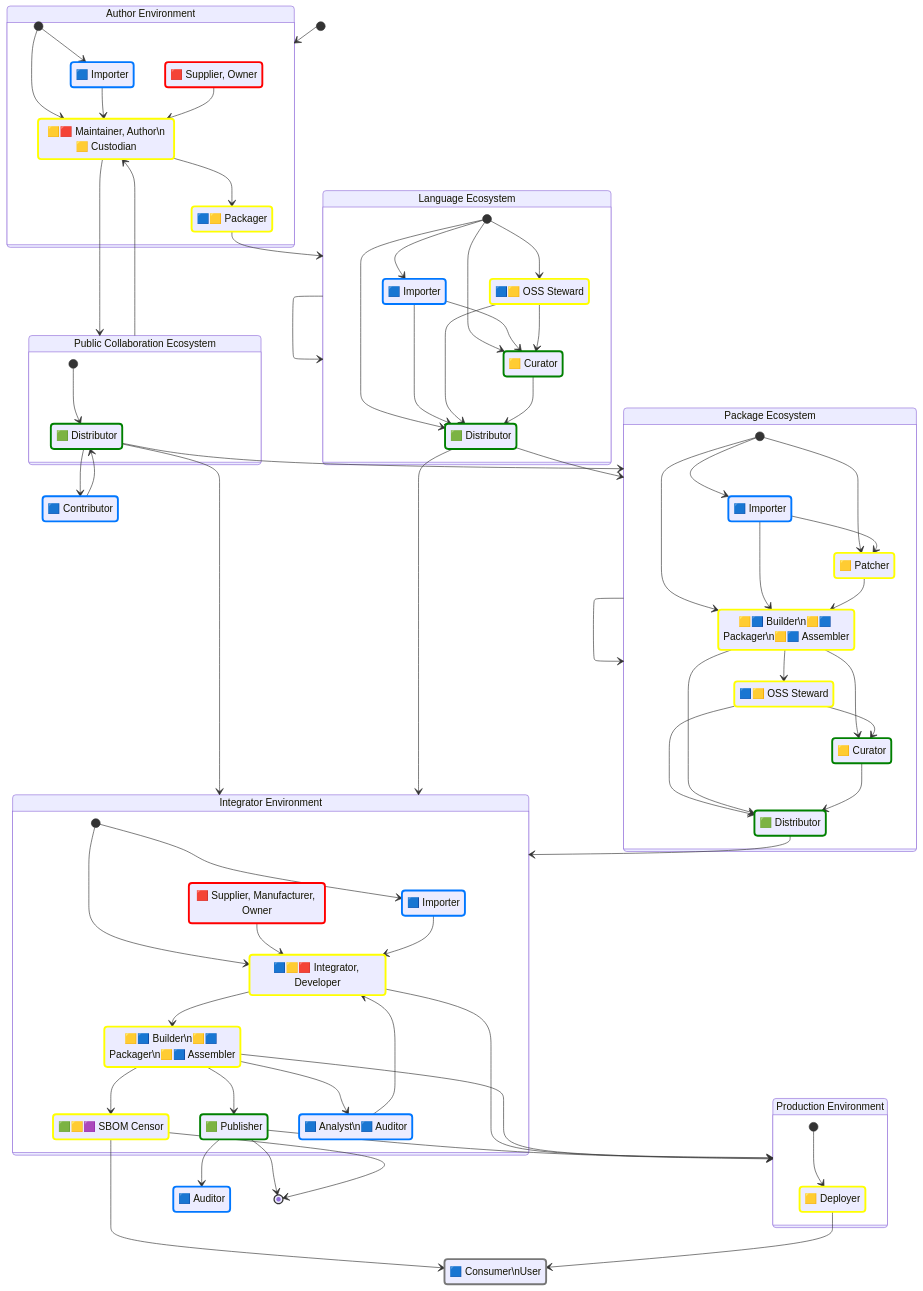
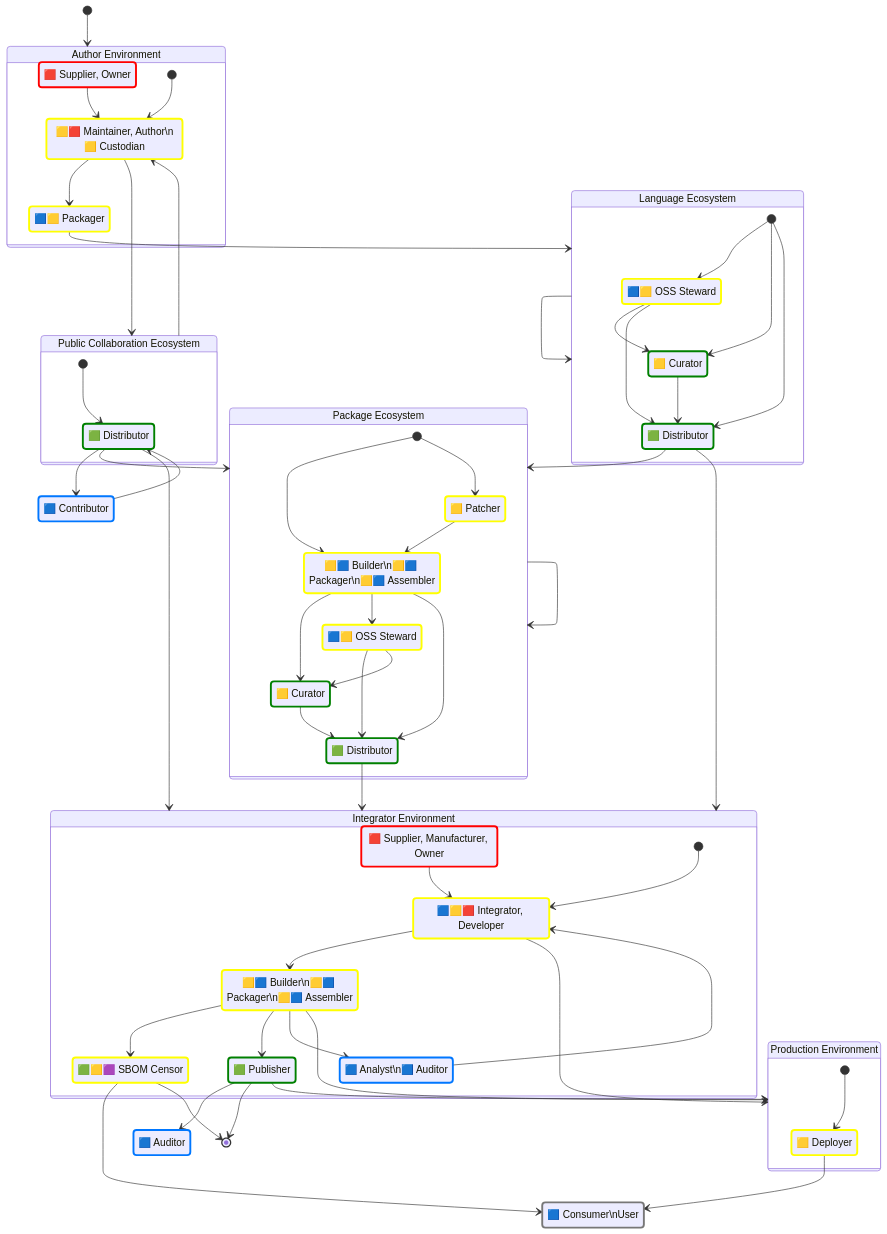
Before and after one commit to CPAN-Security/security.metacpan.org: the third of 3 diagrams in docs/supplychain-sbom.md, drawn with Mermaid. The commit also changed other lines of this file, not shown here.

Commit message:
Comment out the importer role, in anticipation of future clarifications; Restructure opening text

```diff
--- a/docs/supplychain-sbom.md
+++ b/docs/supplychain-sbom.md
@@ -205,23 +206,23 @@
     %%accDescr: This graph illustrates how different types of development environments and ecosystems interconnect, what kind of roles you may find in these, and what type of metadata operations they may care to do
 
     %%
-    state "🟦 Importer" as author_importer
+    %%state "🟦 Importer" as author_importer
     state "🟥 Supplier, Owner" as author_owner
     state "🟨🟥 Maintainer, Author\n🟨 Custodian" as author_maintainer
     state "🟩 Distributor" as repository_distributor
-    state "🟦 Importer" as language_importer
+    %%state "🟦 Importer" as language_importer
     state "🟦🟨 Packager" as language_packager
     state "🟦🟨 OSS Steward" as language_steward
     state "🟨 Curator" as language_curator
     state "🟩 Distributor" as language_distributor
     state "🟦 Contributor" as external_contributor
-    state "🟦 Importer" as package_importer
+    %%state "🟦 Importer" as package_importer
     state "🟨 Patcher" as package_patcher
     state "🟨🟦 Builder\n🟨🟦 Packager\n🟨🟦 Assembler" as package_packager
     state "🟦🟨 OSS Steward" as package_steward
     state "🟨 Curator" as package_curator
     state "🟩 Distributor" as package_distributor
-    state "🟦 Importer" as integrator_importer
+    %%state "🟦 Importer" as integrator_importer
     state "🟥 Supplier, Manufacturer, Owner" as integrator_owner
     state "🟦🟨🟥 Integrator, Developer" as integrator_developer
     state "🟩🟨🟪 SBOM Censor" as integrator_censor
@@ -242,22 +243,22 @@
     classDef ignoresSBOM stroke:#777,stroke-width:3px;
 
     %% 
-    class author_importer verifiesSBOM
+    %%class author_importer verifiesSBOM
     class author_owner createsSBOM
     class author_maintainer assemblesSBOM
     class repository_distributor distributesSBOM
-    class language_importer verifiesSBOM
+    %%class language_importer verifiesSBOM
     class language_packager assemblesSBOM
     class language_steward updatesSBOM
     class language_curator distributesSBOM
     class language_distributor distributesSBOM
-    class package_importer verifiesSBOM
+    %%class package_importer verifiesSBOM
     class package_patcher updatesSBOM
     class package_packager assemblesSBOM
     class package_steward updatesSBOM
     class package_curator distributesSBOM
     class package_distributor distributesSBOM
-    class integrator_importer verifiesSBOM
+    %%class integrator_importer verifiesSBOM
     class integrator_owner createsSBOM
     class integrator_developer assemblesSBOM
     class integrator_censor updatesSBOM
@@ -270,9 +271,9 @@
     class external_consumer ignoresSBOM
 
     state "Author Environment" as environment_maintainer {
-        [*] --> author_importer
+        %%[*] --> author_importer
         [*] --> author_maintainer
-        author_importer   --> author_maintainer
+        %%author_importer   --> author_maintainer
         author_owner      --> author_maintainer
         author_maintainer --> language_packager
     }
@@ -280,12 +281,12 @@
     [*] --> environment_maintainer
 
     state "Language Ecosystem" as ecosystem_lang {
-        [*] --> language_importer
+        %%[*] --> language_importer
         [*] --> language_steward
         [*] --> language_curator
         [*] --> language_distributor
-        language_importer --> language_distributor
-        language_importer --> language_curator
+        %%language_importer --> language_distributor
+        %%language_importer --> language_curator
         language_steward --> language_curator
         language_steward --> language_distributor
         language_curator --> language_distributor
@@ -305,11 +306,11 @@
     external_contributor   --> repository_distributor
 
     state "Package Ecosystem" as ecosystem_package {
-        [*] --> package_importer
+        %%[*] --> package_importer
         [*] --> package_packager
         [*] --> package_patcher
-        package_importer --> package_patcher
-        package_importer --> package_packager
+        %%package_importer --> package_patcher
+        %%package_importer --> package_packager
         package_patcher  --> package_packager
         package_packager --> package_curator
         package_steward  --> package_distributor
@@ -324,10 +325,10 @@
     ecosystem_package      --> ecosystem_package
 
     state "Integrator Environment" as environment_integrator {
-        [*] --> integrator_importer
+        %%[*] --> integrator_importer
         [*] --> integrator_developer
         integrator_owner     --> integrator_developer
-        integrator_importer  --> integrator_developer
+        %%integrator_importer  --> integrator_developer
         integrator_builder   --> integrator_censor
         integrator_builder   --> integrator_publisher
         integrator_builder   --> integrator_analyst
```
